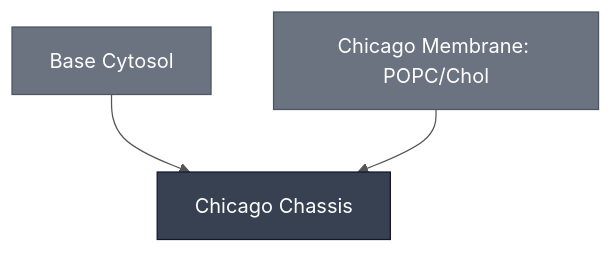
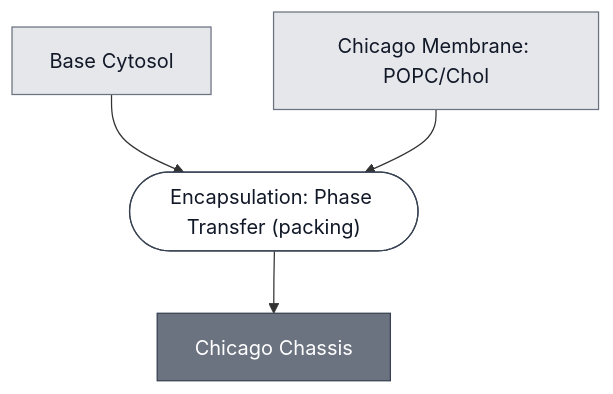
Before and after one commit to nucleus-eng/nucleus-docs: the diagram in docs/modules/chicago-chassis/spec.md, drawn with Mermaid. The commit also changed 7 other files, not shown here.

````diff
--- a/docs/modules/chicago-chassis/spec.md
+++ b/docs/modules/chicago-chassis/spec.md
@@ -25,19 +25,25 @@
 ```mermaid
-%%{init: {'theme': 'base', 'themeVariables': {'lineColor': '#555555', 'edgeLabelBackground': '#ffffff'}}}%%
 flowchart TD
     BASE_CYTOSOL["Base Cytosol"]
+    MEMBRANE_CHICAGO["Chicago Membrane: POPC/Chol"]
+
+    P1_ENCAPSULATE_0(["Encapsulation: Phase Transfer (packing)"])
     CHICAGO_CHASSIS["Chicago Chassis"]
-    MEMBRANE_POPC_CHOL_CHICAGO["Chicago Membrane: POPC/Chol"]
 
-    BASE_CYTOSOL --> CHICAGO_CHASSIS
-    MEMBRANE_POPC_CHOL_CHICAGO --> CHICAGO_CHASSIS
+    BASE_CYTOSOL --> P1_ENCAPSULATE_0
+    MEMBRANE_CHICAGO --> P1_ENCAPSULATE_0
+    P1_ENCAPSULATE_0 --> CHICAGO_CHASSIS
 
-    classDef constituent fill:#6B7280,color:#ffffff,stroke:#4B5563;
-    classDef this fill:#374151,color:#ffffff,stroke:#111827;
-    class BASE_CYTOSOL,MEMBRANE_POPC_CHOL_CHICAGO constituent;
-    class CHICAGO_CHASSIS this;
+
+    classDef leaf     fill:#e5e7eb,stroke:#6b7280,color:#111827;
+    classDef composed fill:#6b7280,stroke:#374151,color:#ffffff;
+    classDef process  fill:#ffffff,stroke:#374151,color:#111827;
+    class BASE_CYTOSOL,MEMBRANE_CHICAGO leaf;
+    class CHICAGO_CHASSIS composed;
+    class P1_ENCAPSULATE_0 process;
 
     click BASE_CYTOSOL "/docs/modules/base-cytosol/spec"
+    click MEMBRANE_CHICAGO "/docs/modules/membrane-popc-chol-chicago/spec"
+    click P1_ENCAPSULATE_0 "/docs/processes/assemble-base-cell/main"
     click CHICAGO_CHASSIS "/docs/modules/chicago-chassis/spec"
-    click MEMBRANE_POPC_CHOL_CHICAGO "/docs/modules/membrane-popc-chol-chicago/spec"
 ```
````
